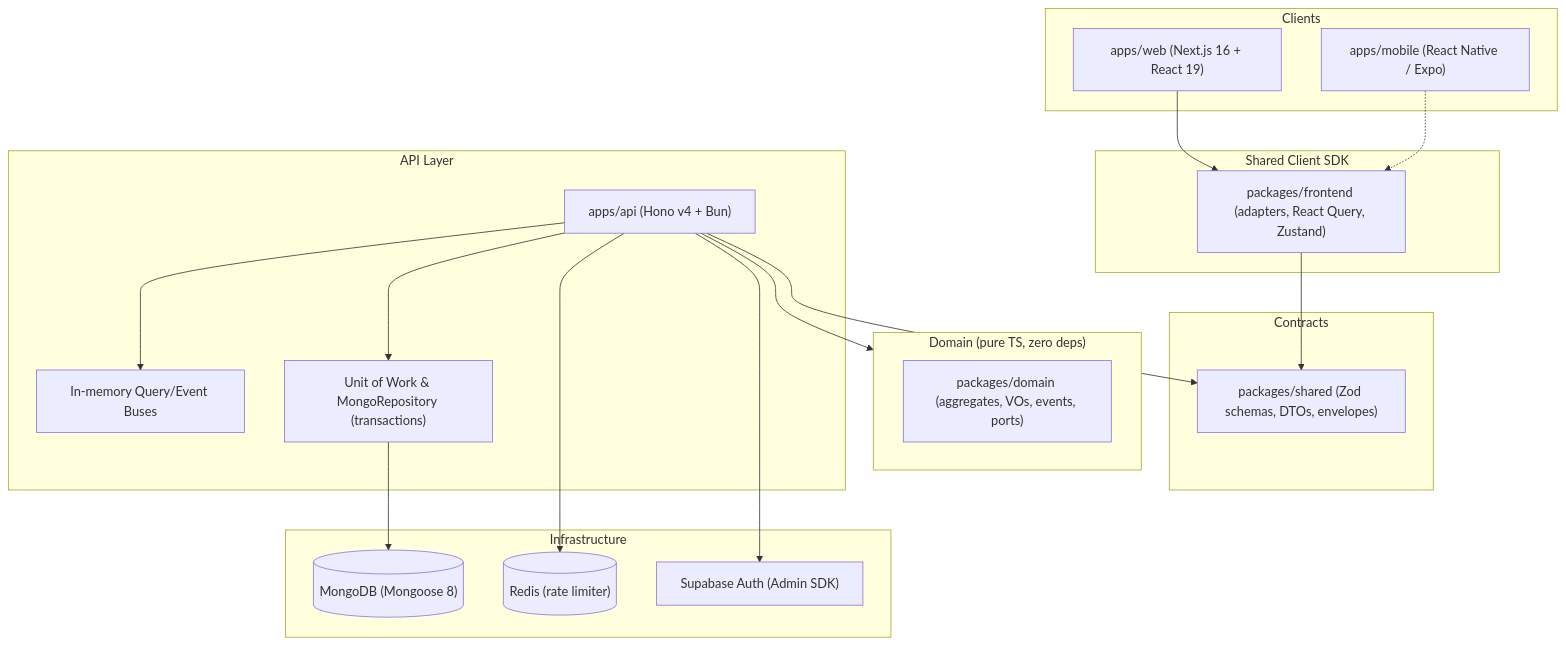
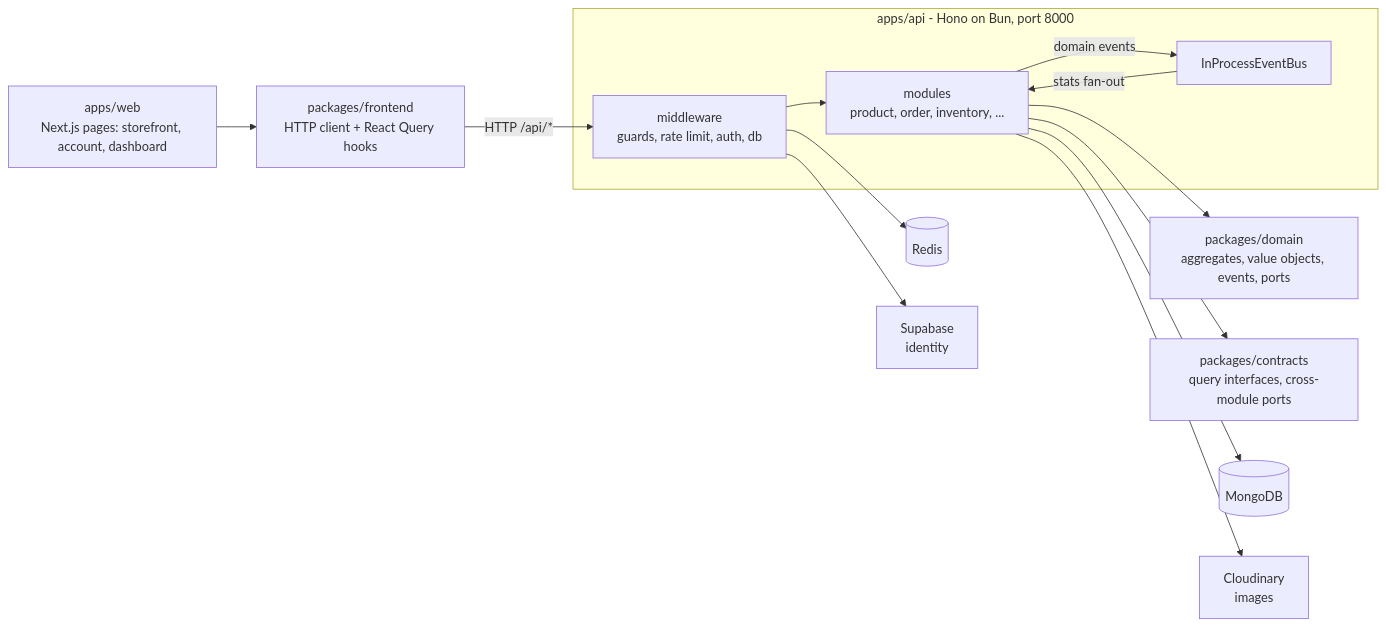
The first of 3 diagrams in README.md (pikarepo/ecomerece), drawn with Mermaid before and after one commit. The commit also changed other lines of this file and 321 other files, not shown here.

````diff
--- a/README.md
+++ b/README.md
@@ -94,42 +182,31 @@
 ```mermaid
-flowchart TB
-    subgraph Clients["Clients"]
-        Web["apps/web (Next.js 16 + React 19)"]
-        Mobile["apps/mobile (React Native / Expo)"]
-    end
+flowchart LR
+  UI["apps/web<br/>Next.js pages: storefront, account, dashboard"]
+  SDK["packages/frontend<br/>HTTP client + React Query hooks"]
 
-    subgraph Sdk["Shared Client SDK"]
-        FrontendPkg["packages/frontend (adapters, React Query, Zustand)"]
-    end
+  subgraph API["apps/api - Hono on Bun, port 8000"]
+    MW["middleware<br/>guards, rate limit, auth, db"]
+    MOD["modules<br/>product, order, inventory, ..."]
+    BUS["InProcessEventBus"]
+  end
 
-    subgraph Contracts["Contracts"]
-        Shared["packages/shared (Zod schemas, DTOs, envelopes)"]
-    end
+  DOM["packages/domain<br/>aggregates, value objects, events, ports"]
+  CON["packages/contracts<br/>query interfaces, cross-module ports"]
 
-    subgraph Domain["Domain (pure TS, zero deps)"]
-        DomainPkg["packages/domain (aggregates, VOs, events, ports)"]
-    end
+  MONGO[("MongoDB")]
+  REDIS[("Redis")]
+  SUPA["Supabase<br/>identity"]
+  CLOUD["Cloudinary<br/>images"]
 
-    subgraph Api["API Layer"]
-        API["apps/api (Hono v4 + Bun)"]
-        Buses["In-memory Query/Event Buses"]
-        UoW["Unit of Work & MongoRepository (transactions)"]
-    end
-
-    subgraph Infra["Infrastructure"]
-        Mongo[("MongoDB (Mongoose 8)")]
-        Redis[("Redis (rate limiter)")]
-        Supabase["Supabase Auth (Admin SDK)"]
-    end
-
-    Web --> FrontendPkg
-    Mobile -.-> FrontendPkg
-    FrontendPkg --> Shared
-    API --> Shared
-    API --> Domain
-    API --> UoW
-    API --> Buses
-    UoW --> Mongo
-    API --> Redis
-    API --> Supabase
+  UI --> SDK
+  SDK -->|"HTTP /api/*"| MW
+  MW --> MOD
+  MW --> SUPA
+  MW --> REDIS
+  MOD --> DOM
+  MOD --> CON
+  MOD --> MONGO
+  MOD --> CLOUD
+  MOD -->|"domain events"| BUS
+  BUS -->|"stats fan-out"| MOD
 ```
````
